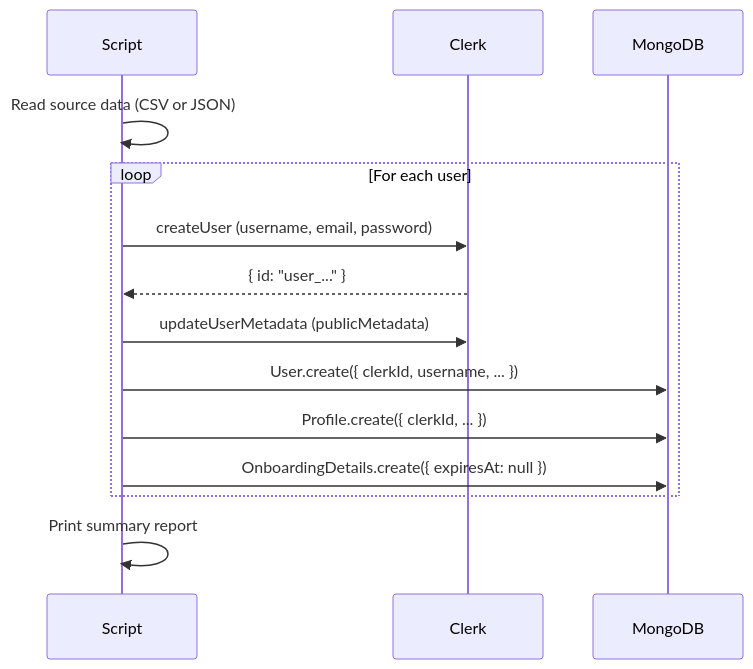
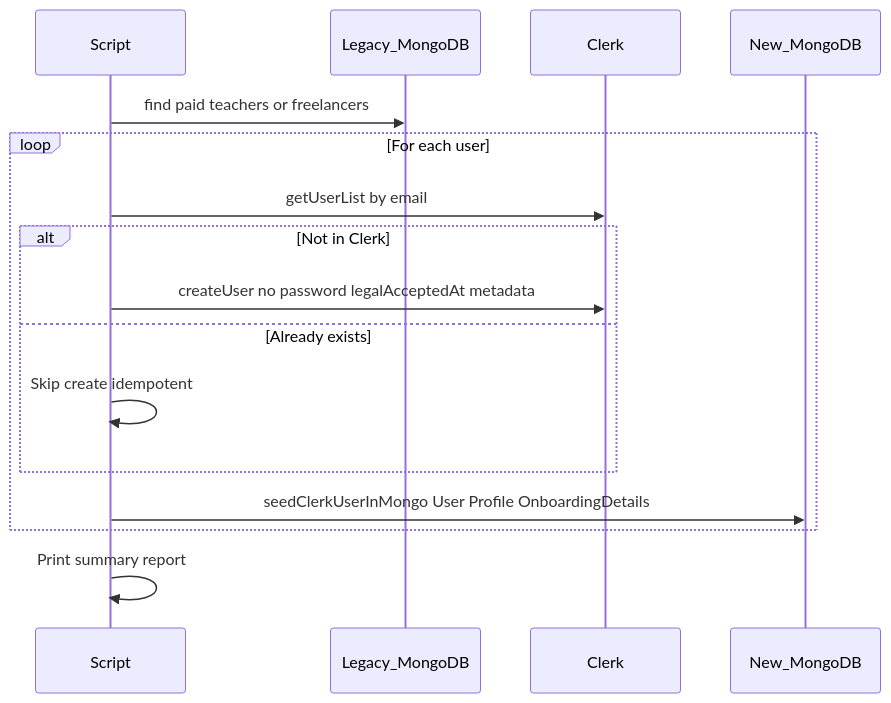
Before and after one commit to soumyadip-ghosh-123/aotf_docs: the diagram in content/docs/how-to/seed-users.mdx, drawn with Mermaid. The commit also changed other lines of this file and 25 other files, not shown here.

````diff
--- a/content/docs/how-to/seed-users.mdx
+++ b/content/docs/how-to/seed-users.mdx
@@ -22,17 +47,19 @@
 ```mermaid
 sequenceDiagram
   participant Script
+  participant LegacyDB as Legacy_MongoDB
   participant Clerk
-  participant MongoDB
-  
-  Script->>Script: Read source data (CSV or JSON)
+  participant NewDB as New_MongoDB
+
+  Script->>LegacyDB: find paid teachers or freelancers
   loop For each user
-    Script->>Clerk: createUser (username, email, password)
-    Clerk-->>Script: { id: "user_..." }
-    Script->>Clerk: updateUserMetadata (publicMetadata)
-    Script->>MongoDB: User.create({ clerkId, username, ... })
-    Script->>MongoDB: Profile.create({ clerkId, ... })
-    Script->>MongoDB: OnboardingDetails.create({ expiresAt: null })
+    Script->>Clerk: getUserList by email
+    alt Not in Clerk
+      Script->>Clerk: createUser no password legalAcceptedAt metadata
+    else Already exists
+      Script->>Script: Skip create idempotent
+    end
+    Script->>NewDB: seedClerkUserInMongo User Profile OnboardingDetails
   end
   Script->>Script: Print summary report
 ```
````
